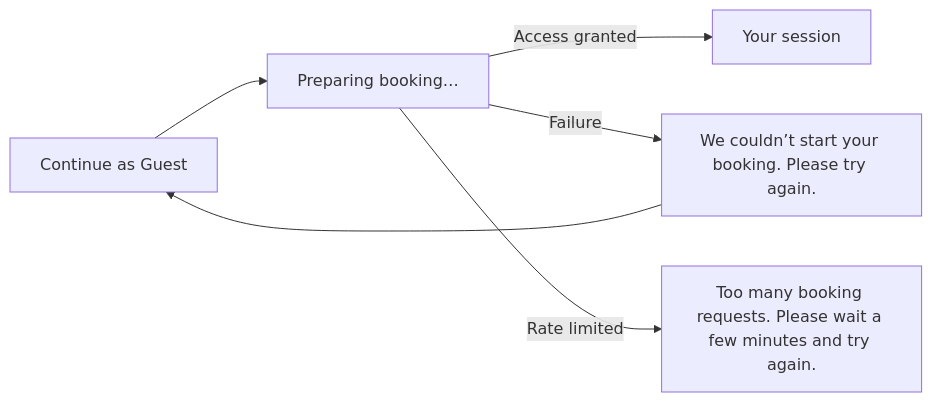
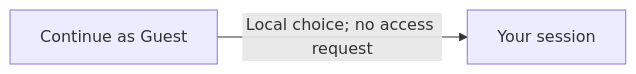
Before and after one commit to soccerbotstudiosg/soccerbotstudioSG: the first of 19 diagrams in docs/booking-flows.md, drawn with Mermaid. The commit also changed other lines of this file and 17 other files, not shown here.

````diff
--- a/docs/booking-flows.md
+++ b/docs/booking-flows.md
@@ -20,8 +20,4 @@
 ```mermaid
 flowchart LR
-  A["Continue as Guest"] --> B["Preparing booking…"]
-  B -->|Access granted| C["Your session"]
-  B -->|Failure| D["We couldn’t start your booking. Please try again."]
-  B -->|Rate limited| E["Too many booking requests. Please wait a few minutes and try again."]
-  D --> A
+  A["Continue as Guest"] -->|Local choice; no access request| C["Your session"]
 ```
````
